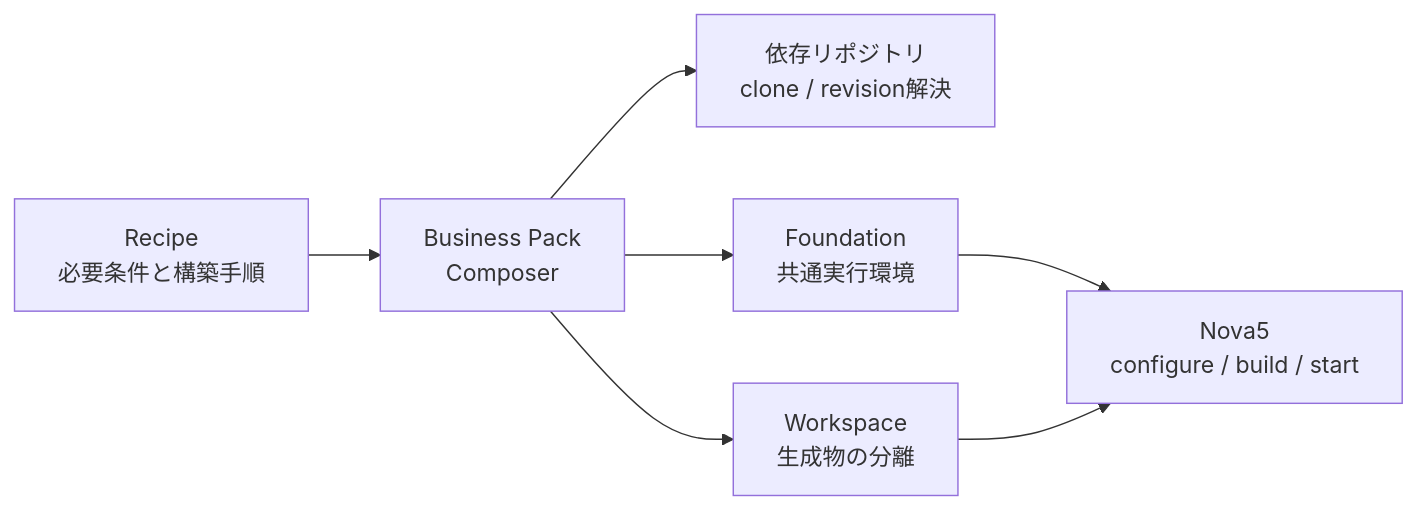
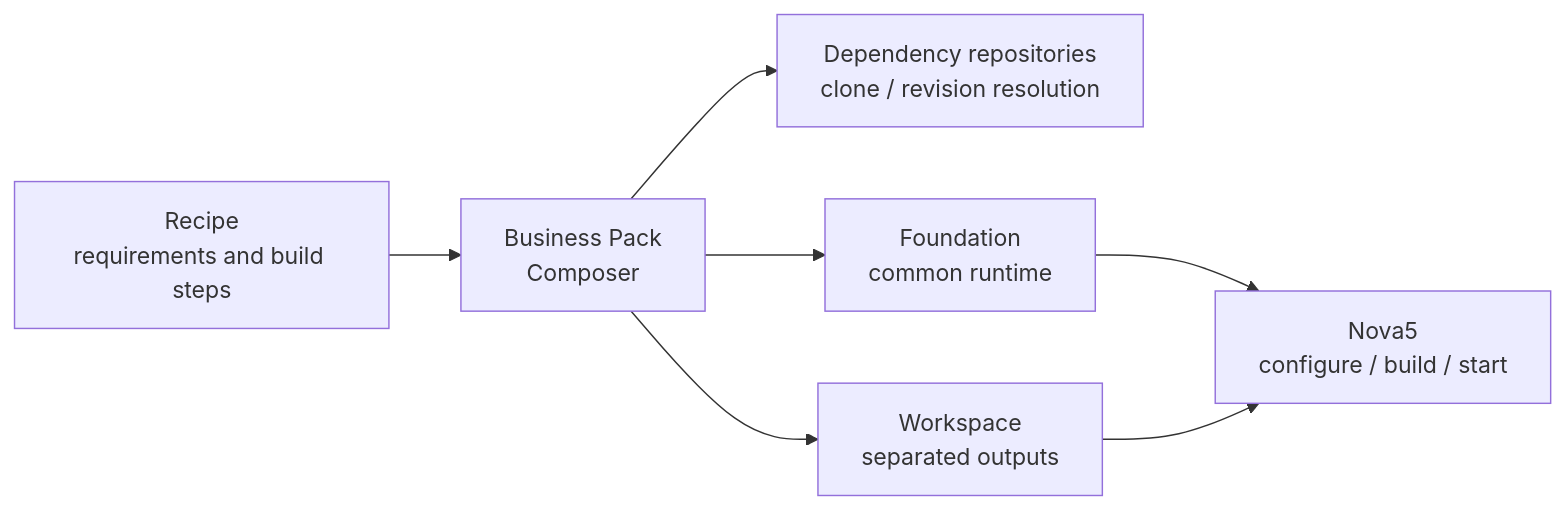
Before and after one commit to teras-project/hakoniwa-robot-arm: the second of 2 diagrams in README.md, drawn with Mermaid. The commit also changed other lines of this file and 6 other files, not shown here.

````diff
--- a/README.md
+++ b/README.md
@@ -134,9 +151,9 @@
 ```mermaid
 flowchart LR
-  Recipe["Recipe<br/>必要条件と構築手順"] --> Composer["Business Pack<br/>Composer"]
-  Composer --> Sources["依存リポジトリ<br/>clone / revision解決"]
-  Composer --> Foundation["Foundation<br/>共通実行環境"]
-  Composer --> Work["Workspace<br/>生成物の分離"]
+  Recipe["Recipe<br/>requirements and build steps"] --> Composer["Business Pack<br/>Composer"]
+  Composer --> Sources["Dependency repositories<br/>clone / revision resolution"]
+  Composer --> Foundation["Foundation<br/>common runtime"]
+  Composer --> Work["Workspace<br/>separated outputs"]
   Foundation --> Arm["Nova5<br/>configure / build / start"]
   Work --> Arm
 ```
````
